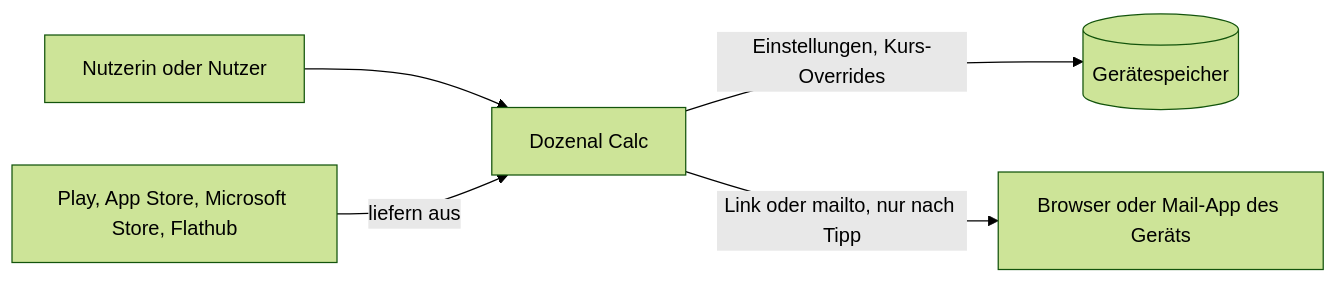
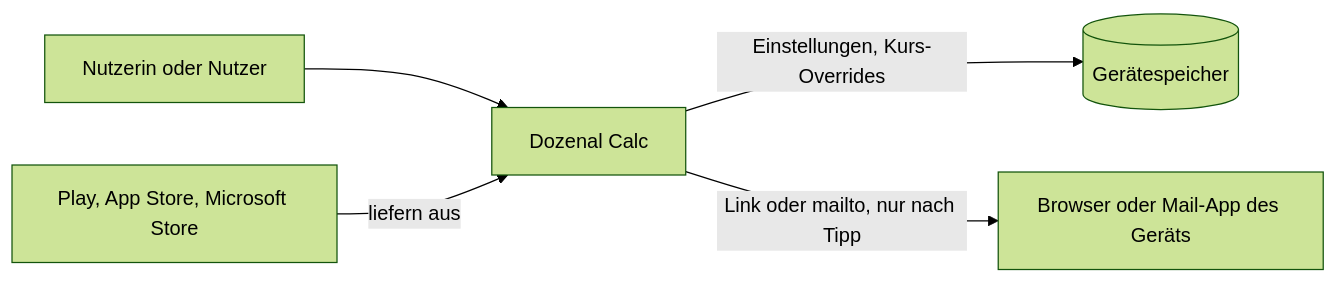
Before and after one commit to steinerschueler/dozenal_calc_flutter: the first of 2 diagrams in docs/architektur.md, drawn with Mermaid (forest theme). The commit also changed 5 other files, not shown here.

````diff
--- a/docs/architektur.md
+++ b/docs/architektur.md
@@ -7,7 +7,7 @@
 ```mermaid
 flowchart LR
   nutzer[Nutzerin oder Nutzer] --> app[Dozenal Calc]
   app -->|Einstellungen, Kurs-Overrides| geraet[(Gerätespeicher)]
   app -->|Link oder mailto, nur nach Tipp| extern[Browser oder Mail-App des Geräts]
-  stores[Play, App Store, Microsoft Store, Flathub] -->|liefern aus| app
+  stores[Play, App Store, Microsoft Store] -->|liefern aus| app
 ```
````
